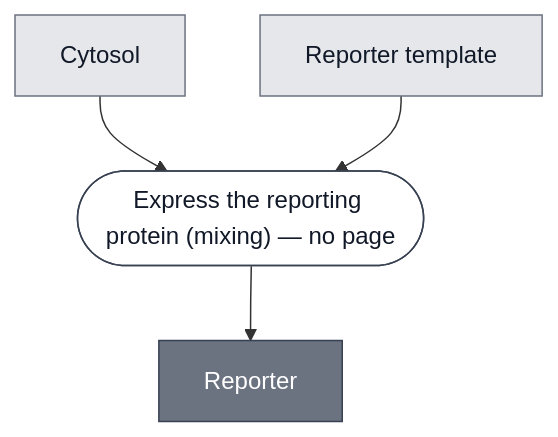
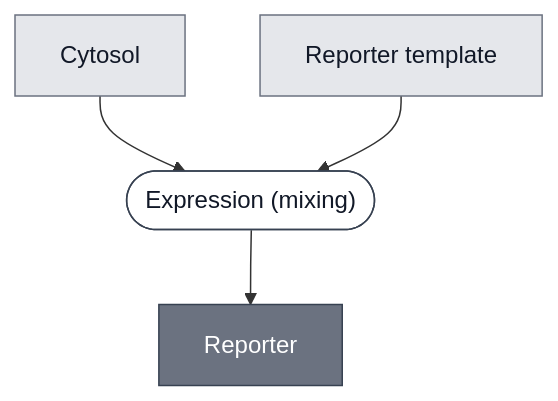
One commit to nucleus-eng/nucleus-docs changed the diagram in docs/modules/reporter/spec.md. Above: the diagram before and after it, drawn with Mermaid. The commit also changed other lines of this file and 18 other files, not shown here.

````diff
--- a/docs/modules/reporter/spec.md
+++ b/docs/modules/reporter/spec.md
@@ -34,23 +31,24 @@
 ```mermaid
 flowchart TD
     CYTOSOL["Cytosol"]
     REPORTER_TEMPLATE["Reporter template"]
 
-    P1_EXPRESS_THE_REPORTER_0(["Express the reporting protein (mixing) — no page"])
+    P1_EXPRESS_THE_REPORTER_0(["Expression (mixing)"])
     REPORTER["Reporter"]
 
     CYTOSOL --> P1_EXPRESS_THE_REPORTER_0
     REPORTER_TEMPLATE --> P1_EXPRESS_THE_REPORTER_0
     P1_EXPRESS_THE_REPORTER_0 --> REPORTER
 
 
     classDef leaf     fill:#e5e7eb,stroke:#6b7280,color:#111827;
     classDef composed fill:#6b7280,stroke:#374151,color:#ffffff;
     classDef process  fill:#ffffff,stroke:#374151,color:#111827;
     class CYTOSOL,REPORTER_TEMPLATE leaf;
     class REPORTER composed;
     class P1_EXPRESS_THE_REPORTER_0 process;
 
     click CYTOSOL "/docs/modules/cytosol/spec"
+    click P1_EXPRESS_THE_REPORTER_0 "/docs/processes/express/main"
     click REPORTER "/docs/modules/reporter/spec"
 ```
````
